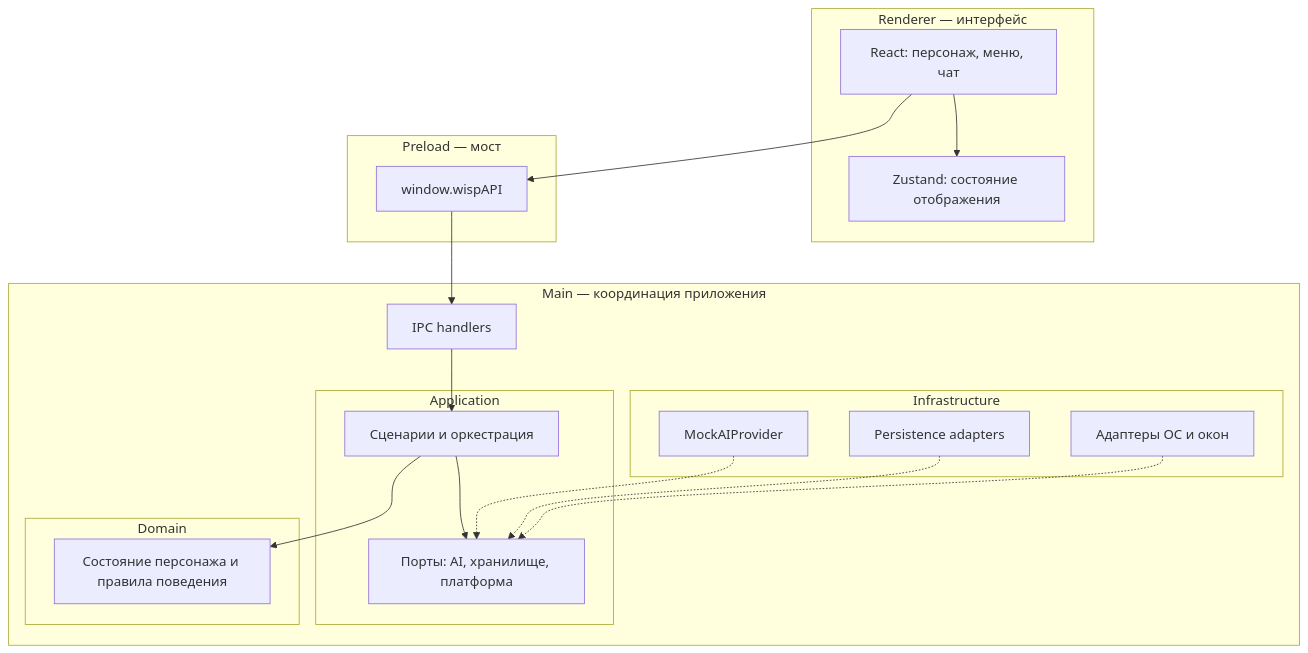
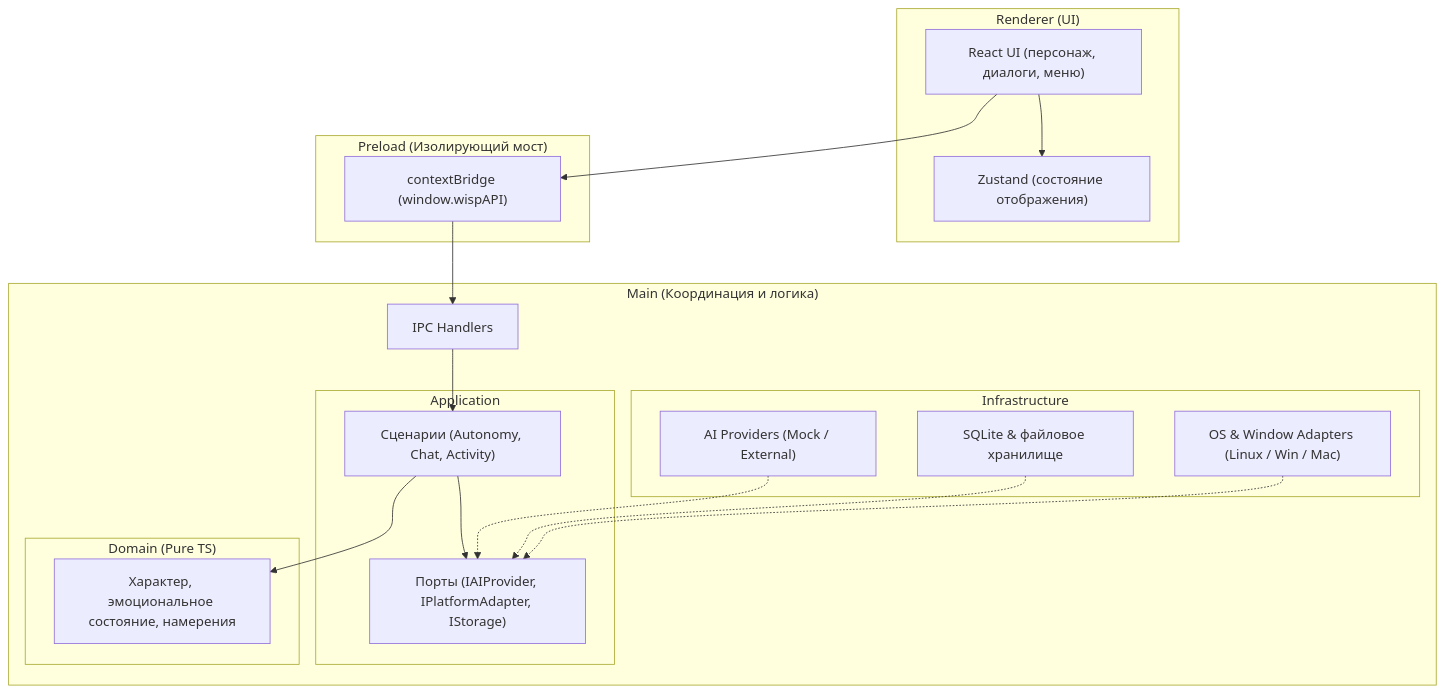
Before and after one commit to zyzycode/project_wisp: the diagram in ARCHITECTURE.md, drawn with Mermaid. The commit also changed other lines of this file, not shown here.

Commit message:
docs: condense ARCHITECTURE.md into high-level architectural map

````diff
--- a/ARCHITECTURE.md
+++ b/ARCHITECTURE.md
@@ -35,37 +13,41 @@
 ```mermaid
 flowchart TD
-    subgraph Renderer_Process ["Renderer — интерфейс"]
-        UI["React: персонаж, меню, чат"]
-        ViewState["Zustand: состояние отображения"]
+    subgraph Renderer_Process ["Renderer (UI)"]
+        UI["React UI (персонаж, диалоги, меню)"]
+        ViewState["Zustand (состояние отображения)"]
         UI --> ViewState
     end
 
-    subgraph Preload_Layer ["Preload — мост"]
-        Bridge["window.wispAPI"]
+    subgraph Preload_Layer ["Preload (Изолирующий мост)"]
+        Bridge["contextBridge (window.wispAPI)"]
     end
 
-    subgraph Main_Process ["Main — координация приложения"]
-        IPC["IPC handlers"]
+    subgraph Main_Process ["Main (Координация и логика)"]
+        IPC["IPC Handlers"]
+
         subgraph Application_Layer ["Application"]
-            UseCases["Сценарии и оркестрация"]
-            Ports["Порты: AI, хранилище, платформа"]
+            UseCases["Сценарии (Autonomy, Chat, Activity)"]
+            Ports["Порты (IAIProvider, IPlatformAdapter, IStorage)"]
         end
-        subgraph Domain_Layer ["Domain"]
-            Domain["Состояние персонажа и правила поведения"]
+
+        subgraph Domain_Layer ["Domain (Pure TS)"]
+            Domain["Характер, эмоциональное состояние, намерения"]
         end
+
         subgraph Infrastructure_Layer ["Infrastructure"]
-            AI["MockAIProvider"]
-            Storage["Persistence adapters"]
-            Platform["Адаптеры ОС и окон"]
+            AI["AI Providers (Mock / External)"]
+            Storage["SQLite & файловое хранилище"]
+            Platform["OS & Window Adapters (Linux / Win / Mac)"]
         end
+
         IPC --> UseCases
         UseCases --> Domain
         UseCases --> Ports
         AI -.-> Ports
         Storage -.-> Ports
         Platform -.-> Ports
     end
 
     UI --> Bridge
     Bridge --> IPC
 ```
````
